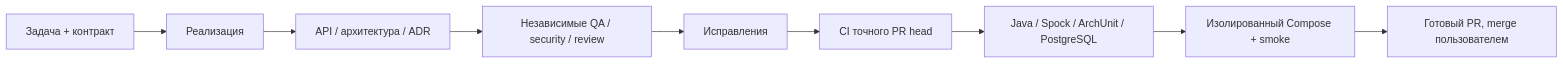
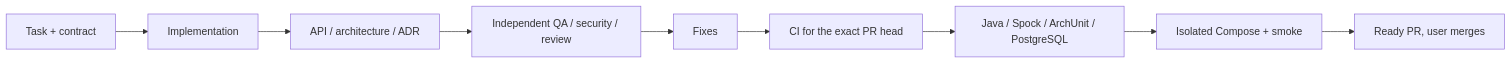
Diagram 11 of 11 in ARCHITECTURE.md (aarbabaev/ArMoney), drawn with Mermaid before and after one commit. The commit also changed other lines of this file and 6 other files, not shown here.

Commit message:
Use English architecture documentation and neutral product descriptions

````diff
--- a/ARCHITECTURE.md
+++ b/ARCHITECTURE.md
@@ -370,11 +372,11 @@
 ```mermaid
 flowchart LR
-    T["Задача + контракт"] --> DEV["Реализация"]
-    DEV --> DOC["API / архитектура / ADR"]
-    DOC --> REV["Независимые QA / security / review"]
-    REV --> FIX["Исправления"]
-    FIX --> CI["CI точного PR head"]
+    T["Task + contract"] --> DEV["Implementation"]
+    DEV --> DOC["API / architecture / ADR"]
+    DOC --> REV["Independent QA / security / review"]
+    REV --> FIX["Fixes"]
+    FIX --> CI["CI for the exact PR head"]
     CI --> TEST["Java / Spock / ArchUnit / PostgreSQL"]
-    TEST --> SMOKE["Изолированный Compose + smoke"]
-    SMOKE --> READY["Готовый PR, merge пользователем"]
+    TEST --> SMOKE["Isolated Compose + smoke"]
+    SMOKE --> READY["Ready PR, user merges"]
 ```
````
